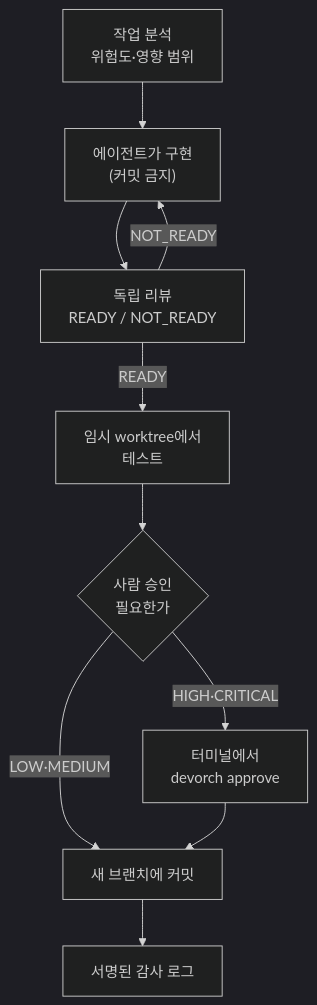
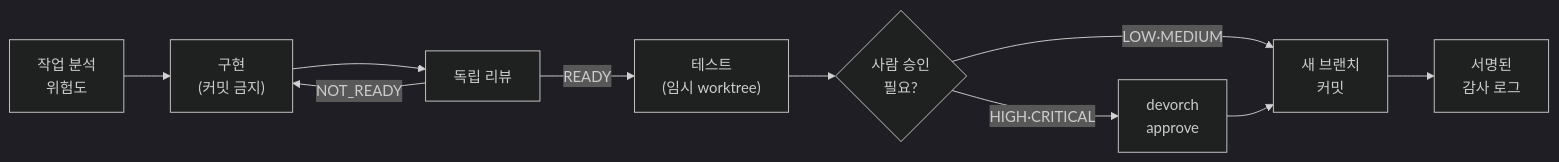
One commit to YunhuPark/YunhuPark changed the first of 3 diagrams in README.md. Above: the diagram before and after it, drawn with Mermaid (dark theme). The commit also changed other lines of this file, not shown here.

Commit message:
Profile README: lay devorch and algo-pipeline out left-to-right with shorter labels

````diff
--- a/README.md
+++ b/README.md
@@ -28,12 +28,12 @@
 ```mermaid
-flowchart TD
-    A["작업 분석<br>위험도·영향 범위"] --> B["에이전트가 구현<br>(커밋 금지)"]
-    B --> C["독립 리뷰<br>READY / NOT_READY"]
+flowchart LR
+    A["작업 분석<br>위험도"] --> B["구현<br>(커밋 금지)"]
+    B --> C["독립 리뷰"]
     C -->|NOT_READY| B
-    C -->|READY| D["임시 worktree에서<br>테스트"]
-    D --> E{"사람 승인<br>필요한가"}
-    E -->|HIGH·CRITICAL| F["터미널에서<br>devorch approve"]
-    E -->|LOW·MEDIUM| G["새 브랜치에 커밋"]
+    C -->|READY| D["테스트<br>(임시 worktree)"]
+    D --> E{"사람 승인<br>필요?"}
+    E -->|LOW·MEDIUM| G["새 브랜치<br>커밋"]
+    E -->|HIGH·CRITICAL| F["devorch<br>approve"]
     F --> G
-    G --> H["서명된 감사 로그"]
+    G --> H["서명된<br>감사 로그"]
 ```
````
